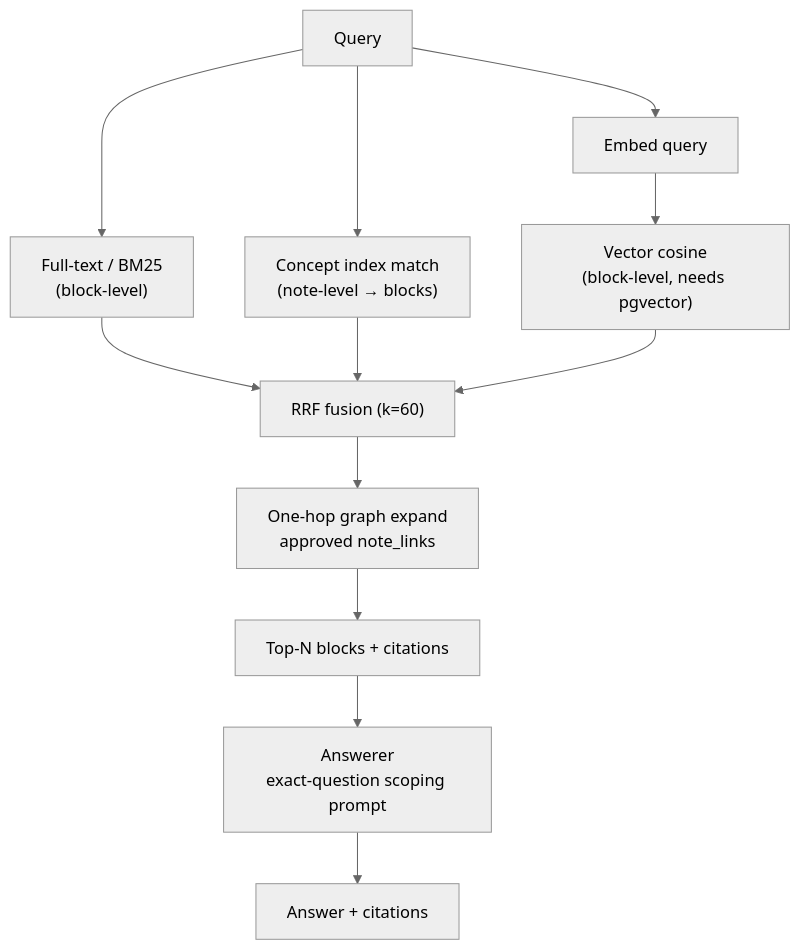
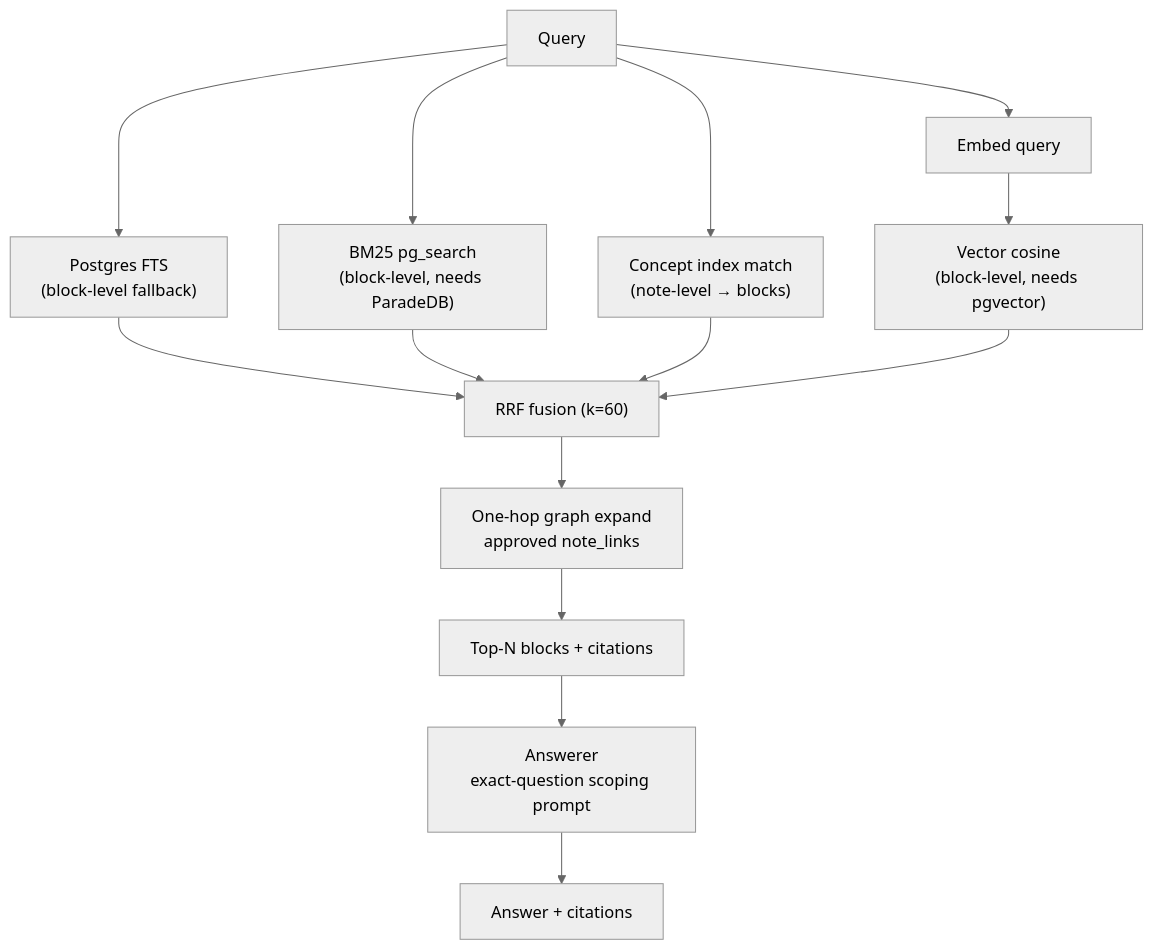
One commit to jhowliu/knowledge-compiler changed the second of 2 diagrams in README.md. Above: the diagram before and after it, drawn with Mermaid (neutral theme). The commit also changed other lines of this file and 10 other files, not shown here.

````diff
--- a/README.md
+++ b/README.md
@@ -150,14 +158,16 @@
 ```mermaid
 flowchart TD
-  Q["Query"] --> FTS["Full-text / BM25<br/>(block-level)"]
+  Q["Query"] --> FTS["Postgres FTS<br/>(block-level fallback)"]
+  Q --> BM25["BM25 pg_search<br/>(block-level, needs ParadeDB)"]
   Q --> CON["Concept index match<br/>(note-level → blocks)"]
   Q --> E["Embed query"]
   E --> VEC["Vector cosine<br/>(block-level, needs pgvector)"]
   FTS --> RRF["RRF fusion (k=60)"]
+  BM25 --> RRF
   CON --> RRF
   VEC --> RRF
   RRF --> HOP["One-hop graph expand<br/>approved note_links"]
   HOP --> TOP["Top-N blocks + citations"]
   TOP --> ANS["Answerer<br/>exact-question scoping prompt"]
   ANS --> OUT["Answer + citations"]
 ```
````
